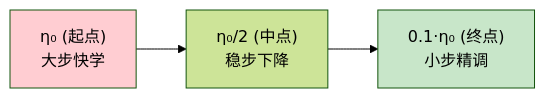
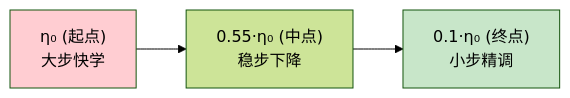
The diagram in docs/book/part-5-training/ch29-training-infrastructure.md (zhongwei/zllm), drawn with Mermaid (forest theme) before and after one commit.

Commit message:
docs(ch29): cosine lr Mermaid 中点修正为 0.55·η₀，与表格/get_lr 一致

````diff
--- a/docs/book/part-5-training/ch29-training-infrastructure.md
+++ b/docs/book/part-5-training/ch29-training-infrastructure.md
@@ -55,7 +55,7 @@
 ```mermaid
 graph LR
-    A["η₀ (起点)<br/>大步快学"] --> B["η₀/2 (中点)<br/>稳步下降"]
+    A["η₀ (起点)<br/>大步快学"] --> B["0.55·η₀ (中点)<br/>稳步下降"]
     B --> C["0.1·η₀ (终点)<br/>小步精调"]
     style A fill:#ffcdd2
     style C fill:#c8e6c9
 ```
````
